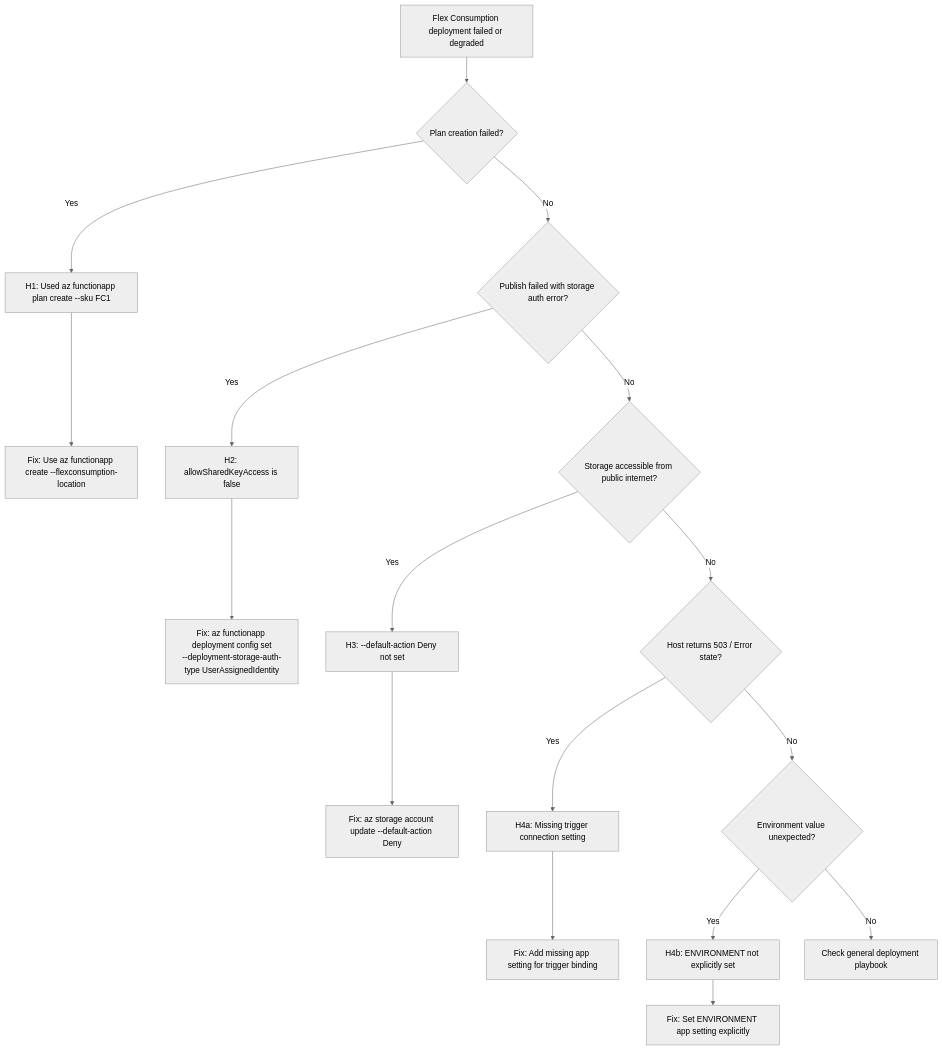
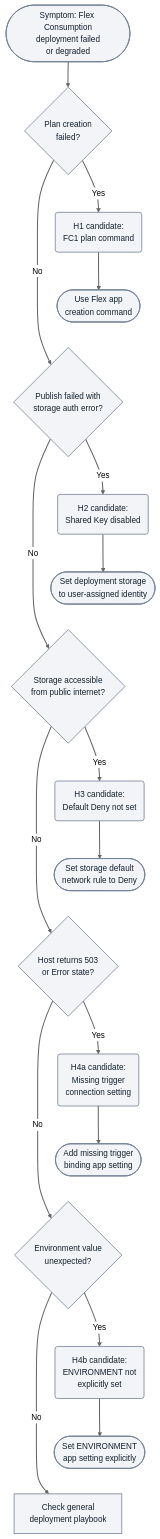
One commit to yeongseon/azure-functions-practical-guide changed the diagram in docs/troubleshooting/playbooks/flex-consumption-deployment.md. Above: the diagram before and after it, drawn with Mermaid (neutral theme). The commit also changed other lines of this file and 1 other file, not shown here.

Commit message:
docs(diagrams): migrate Flex Consumption deployment diagnostic flow (#437)
* docs(diagrams): migrate Flex Consumption deployment diagnostic flow

Preserve the five diagnostic branches while making the typed flow readable
at narrow widths. Retain full command details in an adjacent key and qualify
candidate diagnoses; refresh only the owned diagram manifest record.

Refs #268

````diff
--- a/docs/troubleshooting/playbooks/flex-consumption-deployment.md
+++ b/docs/troubleshooting/playbooks/flex-consumption-deployment.md
@@ -54,19 +56,30 @@
 ```mermaid
 flowchart TD
-    A["Flex Consumption deployment failed or degraded"] --> B{"Plan creation failed?"}
-    B -->|Yes| C["H1: Used az functionapp plan create --sku FC1"]
-    B -->|No| D{"Publish failed with storage auth error?"}
-    C --> C1["Fix: Use az functionapp create --flexconsumption-location"]
-    D -->|Yes| E["H2: allowSharedKeyAccess is false"]
-    D -->|No| F{"Storage accessible from public internet?"}
-    E --> E1["Fix: az functionapp deployment config set\n--deployment-storage-auth-type UserAssignedIdentity"]
-    F -->|Yes| G["H3: --default-action Deny not set"]
-    F -->|No| H{"Host returns 503 / Error state?"}
-    G --> G1["Fix: az storage account update --default-action Deny"]
-    H -->|Yes| I["H4a: Missing trigger connection setting"]
-    H -->|No| J{"Environment value unexpected?"}
-    I --> I1["Fix: Add missing app setting for trigger binding"]
-    J -->|Yes| K["H4b: ENVIRONMENT not explicitly set"]
-    J -->|No| L["Check general deployment playbook"]
-    K --> K1["Fix: Set ENVIRONMENT app setting explicitly"]
+    accTitle: Flex Consumption deployment diagnostic decision flow
+    accDescr: Illustrative triage, not a confirmed diagnosis. From failed or degraded deployment, check plan creation, publish storage authentication, public storage access, host 503 or Error state, then unexpected environment value. Each Yes branch selects H1, H2, H3, H4a or H4b respectively and its proposed mitigation; each No continues to the next check, ending at the general deployment playbook. Validate each candidate against the evidence and disproof sections below; the adjacent key retains command and setting details.
+    A(["Symptom: Flex Consumption<br/>deployment failed<br/>or degraded"]) --> B{"Plan creation<br/>failed?"}
+    B -->|Yes| C("H1 candidate:<br/>FC1 plan command")
+    C --> C1(["Use Flex app<br/>creation command"])
+    B -->|No| D{"Publish failed with<br/>storage auth error?"}
+    %% Layout-only links serialize branches; they add no diagnostic steps or arrows.
+    C1 ~~~ D
+    D -->|Yes| E("H2 candidate:<br/>Shared Key disabled")
+    E --> E1(["Set deployment storage<br/>to user-assigned identity"])
+    D -->|No| F{"Storage accessible<br/>from public internet?"}
+    E1 ~~~ F
+    F -->|Yes| G("H3 candidate:<br/>Default Deny not set")
+    G --> G1(["Set storage default<br/>network rule to Deny"])
+    F -->|No| H{"Host returns 503<br/>or Error state?"}
+    G1 ~~~ H
+    H -->|Yes| I("H4a candidate:<br/>Missing trigger<br/>connection setting")
+    I --> I1(["Add missing trigger<br/>binding app setting"])
+    H -->|No| J{"Environment value<br/>unexpected?"}
+    I1 ~~~ J
+    J -->|Yes| K("H4b candidate:<br/>ENVIRONMENT not<br/>explicitly set")
+    K --> K1(["Set ENVIRONMENT<br/>app setting explicitly"])
+    J -->|No| L["Check general<br/>deployment playbook"]
+    K1 ~~~ L
+    classDef baseNeutral fill:#f2f4f8,stroke:#707e93,stroke-width:1.5px,color:#14202e;
+    class A,B,C,C1,D,E,E1,F,G,G1,H,I,I1,J,K,K1,L baseNeutral;
+    linkStyle default stroke-width:2px;
 ```
````
